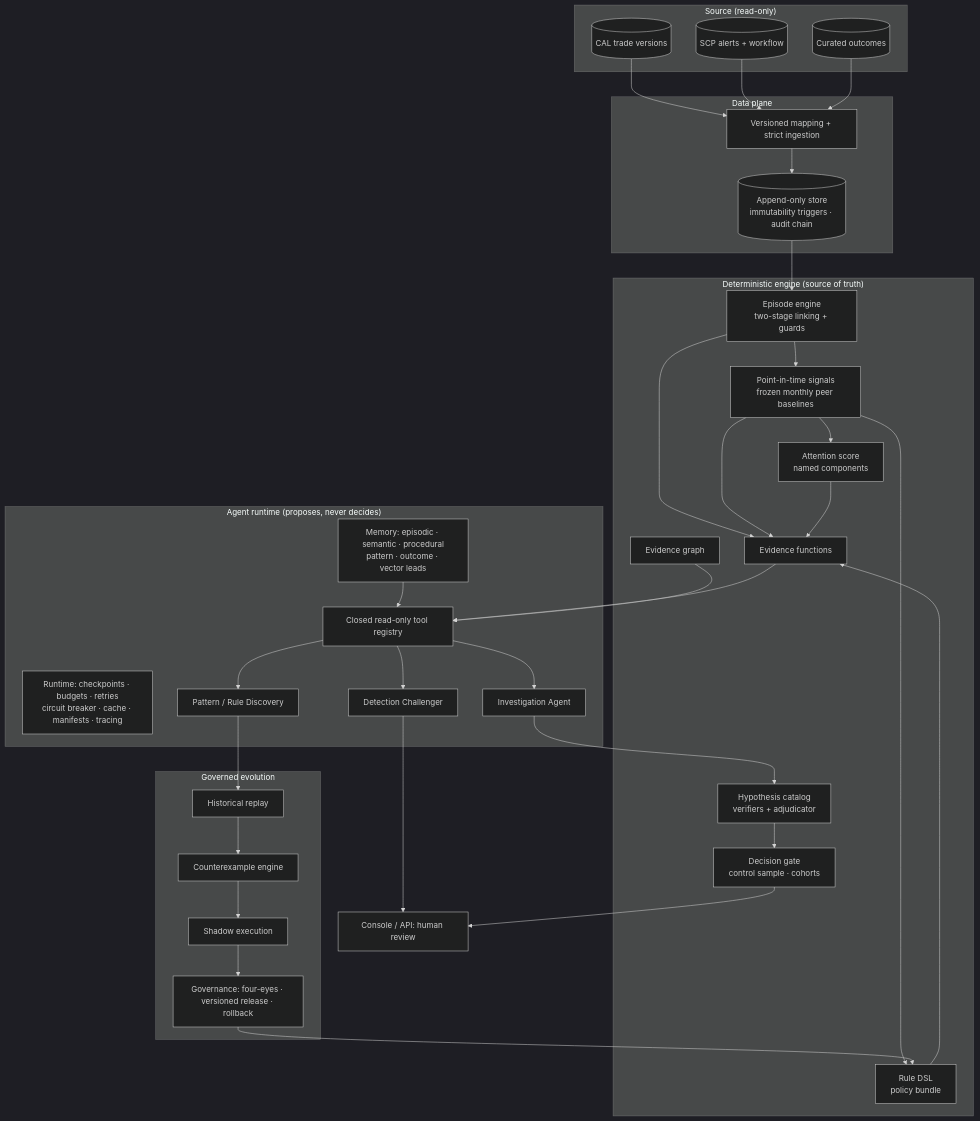
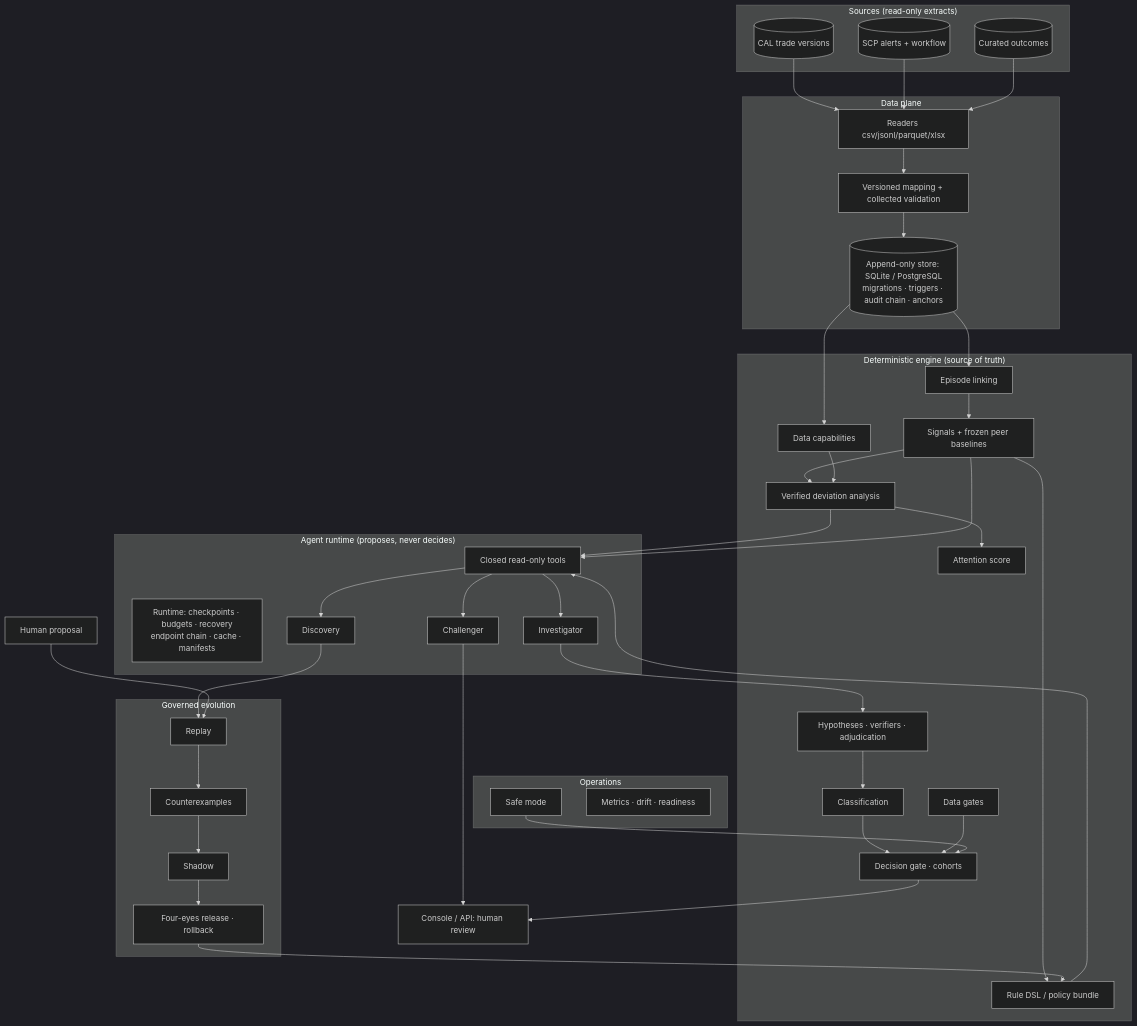
Before and after one commit to Chandana909/17sep: the first of 2 diagrams in docs/architecture.md, drawn with Mermaid (dark theme). The commit also changed other lines of this file and 17 other files, not shown here.

````diff
--- a/docs/architecture.md
+++ b/docs/architecture.md
@@ -16,45 +16,50 @@
 ```mermaid
 flowchart TD
-    subgraph Source["Source (read-only)"]
+    subgraph Source["Sources (read-only extracts)"]
         CAL[(CAL trade versions)]
         SCP[(SCP alerts + workflow)]
         OUT[(Curated outcomes)]
     end
     subgraph Data["Data plane"]
-        MAP[Versioned mapping + strict ingestion]
-        STORE[(Append-only store<br/>immutability triggers · audit chain)]
+        RD[Readers csv/jsonl/parquet/xlsx]
+        MAP[Versioned mapping + collected validation]
+        STORE[(Append-only store: SQLite / PostgreSQL<br/>migrations · triggers · audit chain · anchors)]
     end
     subgraph Engine["Deterministic engine (source of truth)"]
-        LINK[Episode engine<br/>two-stage linking + guards]
-        SIG[Point-in-time signals<br/>frozen monthly peer baselines]
-        SCORE[Attention score<br/>named components]
-        RULES[Rule DSL<br/>policy bundle]
-        EVID[Evidence functions]
-        HYP[Hypothesis catalog<br/>verifiers + adjudicator]
-        DEC[Decision gate<br/>control sample · cohorts]
-        GRAPH[Evidence graph]
+        CAP[Data capabilities]
+        GATE[Data gates]
+        LINK[Episode linking]
+        SIG[Signals + frozen peer baselines]
+        DEV[Verified deviation analysis]
+        SCORE[Attention score]
+        RULES[Rule DSL / policy bundle]
+        HYP[Hypotheses · verifiers · adjudication]
+        CLS[Classification]
+        DEC[Decision gate · cohorts]
     end
     subgraph Agents["Agent runtime (proposes, never decides)"]
-        RT[Runtime: checkpoints · budgets · retries<br/>circuit breaker · cache · manifests · tracing]
-        INV[Investigation Agent]
-        CH[Detection Challenger]
-        DISC[Pattern / Rule Discovery]
-        MEM[Memory: episodic · semantic · procedural<br/>pattern · outcome · vector leads]
-        TOOLS[Closed read-only tool registry]
+        RT[Runtime: checkpoints · budgets · recovery<br/>endpoint chain · cache · manifests]
+        INV[Investigator]
+        CH[Challenger]
+        DISC[Discovery]
+        TOOLS[Closed read-only tools]
     end
     subgraph Evolution["Governed evolution"]
-        REP[Historical replay]
-        CEX[Counterexample engine]
-        SHD[Shadow execution]
-        GOV[Governance: four-eyes · versioned release · rollback]
+        REP[Replay] --> CEX[Counterexamples] --> SHD[Shadow] --> GOV[Four-eyes release · rollback]
     end
-    CAL & SCP & OUT --> MAP --> STORE --> LINK --> SIG --> SCORE
+    subgraph Ops["Operations"]
+        OPS[Safe mode] 
+        MON[Metrics · drift · readiness]
+    end
+    CAL & SCP & OUT --> RD --> MAP --> STORE
+    STORE --> LINK --> SIG --> DEV --> SCORE
+    STORE --> CAP --> DEV
     SIG --> RULES
-    LINK & SIG & SCORE & RULES --> EVID --> TOOLS
-    TOOLS --> INV & CH & DISC
-    INV --> HYP --> DEC --> UI[Console / API: human review]
+    DEV & SIG & RULES --> TOOLS --> INV & CH & DISC
+    INV --> HYP --> CLS --> DEC --> UI[Console / API: human review]
+    GATE & OPS --> DEC
     CH --> UI
-    DISC --> REP --> CEX --> SHD --> GOV --> RULES
-    MEM --> TOOLS
-    GRAPH --> TOOLS
+    DISC --> REP
+    HUMAN[Human proposal] --> REP
+    GOV --> RULES
 ```
````
